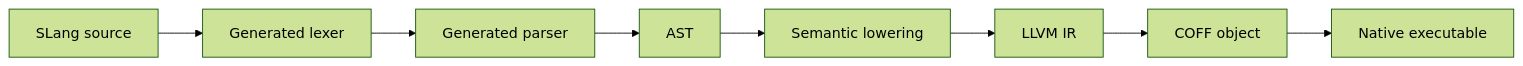
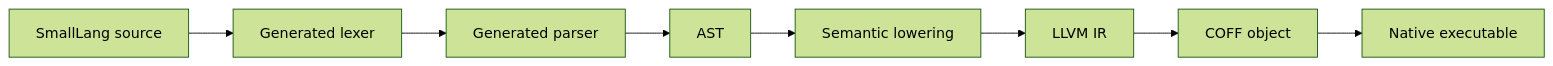
The diagram in README.md (dimohy/Sollang), drawn with Mermaid (forest theme) before and after one commit. The commit also changed other lines of this file and 29 other files, not shown here.

First line of the commit message:
Rename SLang to SmallLang

````diff
--- a/README.md
+++ b/README.md
@@ -72,10 +72,10 @@
 ```mermaid
 flowchart LR
-    Source[SLang source] --> Lexer[Generated lexer]
+    Source[SmallLang source] --> Lexer[Generated lexer]
     Lexer --> Parser[Generated parser]
     Parser --> AST[AST]
     AST --> Semantics[Semantic lowering]
     Semantics --> LLVM[LLVM IR]
     LLVM --> Object[COFF object]
     Object --> Exe[Native executable]
 ```
````
